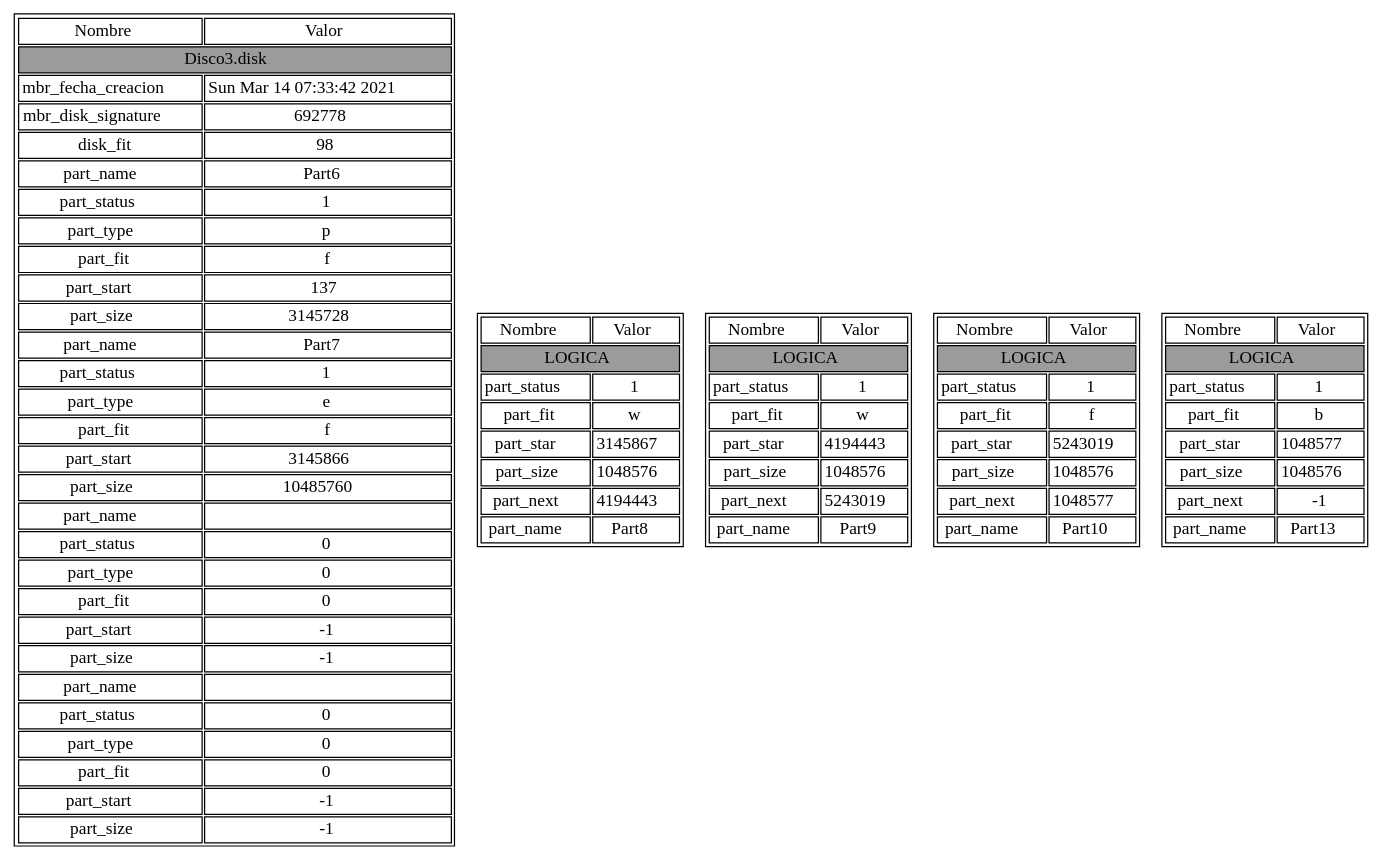
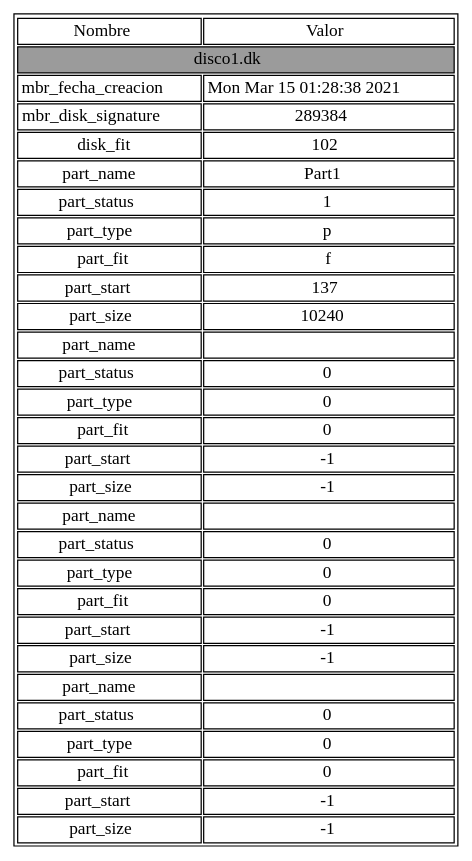
The diagram in resultados/mbr.dot (av-edson/-MIA-Proyecto1_201902302), drawn with Graphviz before and after one commit. The commit also changed 71 other files, not shown here.

```diff
--- a/resultados/mbr.dot
+++ b/resultados/mbr.dot
@@ -1,74 +1,34 @@
 digraph D{node [ shape=none, margin=0 ]
 nuevo [label=<<TABLE  BORDER="1" CELLBORDER="1">
 <tr><td>Nombre</td><td>Valor</td></tr>
-<tr><td colspan="2" BGCOLOR="#9b9b9b">Disco3.disk</td></tr>
-<tr><td>mbr_fecha_creacion</td><td>Sun Mar 14 07:33:42 2021
+<tr><td colspan="2" BGCOLOR="#9b9b9b">disco1.dk</td></tr>
+<tr><td>mbr_fecha_creacion</td><td>Mon Mar 15 01:28:38 2021
 </td></tr>
-<tr><td>mbr_disk_signature</td><td>692778</td></tr>
-<tr><td>disk_fit</td><td>98</td></tr>
-<tr><td>part_name</td><td>Part6</td></tr>
+<tr><td>mbr_disk_signature</td><td>289384</td></tr>
+<tr><td>disk_fit</td><td>102</td></tr>
+<tr><td>part_name</td><td>Part1</td></tr>
 <tr><td>part_status</td><td>1</td></tr>
 <tr><td>part_type</td><td>p</td></tr>
 <tr><td>part_fit</td><td>f</td></tr>
 <tr><td>part_start</td><td>137</td></tr>
-<tr><td>part_size</td><td>3145728</td></tr>
-<tr><td>part_name</td><td>Part7</td></tr>
-<tr><td>part_status</td><td>1</td></tr>
-<tr><td>part_type</td><td>e</td></tr>
-<tr><td>part_fit</td><td>f</td></tr>
-<tr><td>part_start</td><td>3145866</td></tr>
-<tr><td>part_size</td><td>10485760</td></tr>
+<tr><td>part_size</td><td>10240</td></tr>
+<tr><td>part_name</td><td></td></tr>
+<tr><td>part_status</td><td>0</td></tr>
+<tr><td>part_type</td><td>0</td></tr>
+<tr><td>part_fit</td><td>0</td></tr>
+<tr><td>part_start</td><td>-1</td></tr>
+<tr><td>part_size</td><td>-1</td></tr>
 <tr><td>part_name</td><td></td></tr>
 <tr><td>part_status</td><td>0</td></tr>
 <tr><td>part_type</td><td>0</td></tr>
 <tr><td>part_fit</td><td>0</td></tr>
 <tr><td>part_start</td><td>-1</td></tr>
 <tr><td>part_size</td><td>-1</td></tr>
 <tr><td>part_name</td><td></td></tr>
 <tr><td>part_status</td><td>0</td></tr>
 <tr><td>part_type</td><td>0</td></tr>
 <tr><td>part_fit</td><td>0</td></tr>
 <tr><td>part_start</td><td>-1</td></tr>
 <tr><td>part_size</td><td>-1</td></tr>
 </TABLE>>]
-Part8 [label=<<TABLE  BORDER="1" CELLBORDER="1">
-<tr><td>Nombre</td><td>Valor</td></tr>
-<tr><td colspan="2" BGCOLOR="#9b9b9b">LOGICA</td></tr>
-<tr><td>part_status</td><td>1</td></tr>
-<tr><td>part_fit</td><td>w</td></tr>
-<tr><td>part_star</td><td>3145867</td></tr>
-<tr><td>part_size</td><td>1048576</td></tr>
-<tr><td>part_next</td><td>4194443</td></tr>
-<tr><td>part_name</td><td>Part8</td></tr>
-</TABLE>>]
-Part9 [label=<<TABLE  BORDER="1" CELLBORDER="1">
-<tr><td>Nombre</td><td>Valor</td></tr>
-<tr><td colspan="2" BGCOLOR="#9b9b9b">LOGICA</td></tr>
-<tr><td>part_status</td><td>1</td></tr>
-<tr><td>part_fit</td><td>w</td></tr>
-<tr><td>part_star</td><td>4194443</td></tr>
-<tr><td>part_size</td><td>1048576</td></tr>
-<tr><td>part_next</td><td>5243019</td></tr>
-<tr><td>part_name</td><td>Part9</td></tr>
-</TABLE>>]
-Part10 [label=<<TABLE  BORDER="1" CELLBORDER="1">
-<tr><td>Nombre</td><td>Valor</td></tr>
-<tr><td colspan="2" BGCOLOR="#9b9b9b">LOGICA</td></tr>
-<tr><td>part_status</td><td>1</td></tr>
-<tr><td>part_fit</td><td>f</td></tr>
-<tr><td>part_star</td><td>5243019</td></tr>
-<tr><td>part_size</td><td>1048576</td></tr>
-<tr><td>part_next</td><td>1048577</td></tr>
-<tr><td>part_name</td><td>Part10</td></tr>
-</TABLE>>]
-Part13 [label=<<TABLE  BORDER="1" CELLBORDER="1">
-<tr><td>Nombre</td><td>Valor</td></tr>
-<tr><td colspan="2" BGCOLOR="#9b9b9b">LOGICA</td></tr>
-<tr><td>part_status</td><td>1</td></tr>
-<tr><td>part_fit</td><td>b</td></tr>
-<tr><td>part_star</td><td>1048577</td></tr>
-<tr><td>part_size</td><td>1048576</td></tr>
-<tr><td>part_next</td><td>-1</td></tr>
-<tr><td>part_name</td><td>Part13</td></tr>
-</TABLE>>]
 }
```
